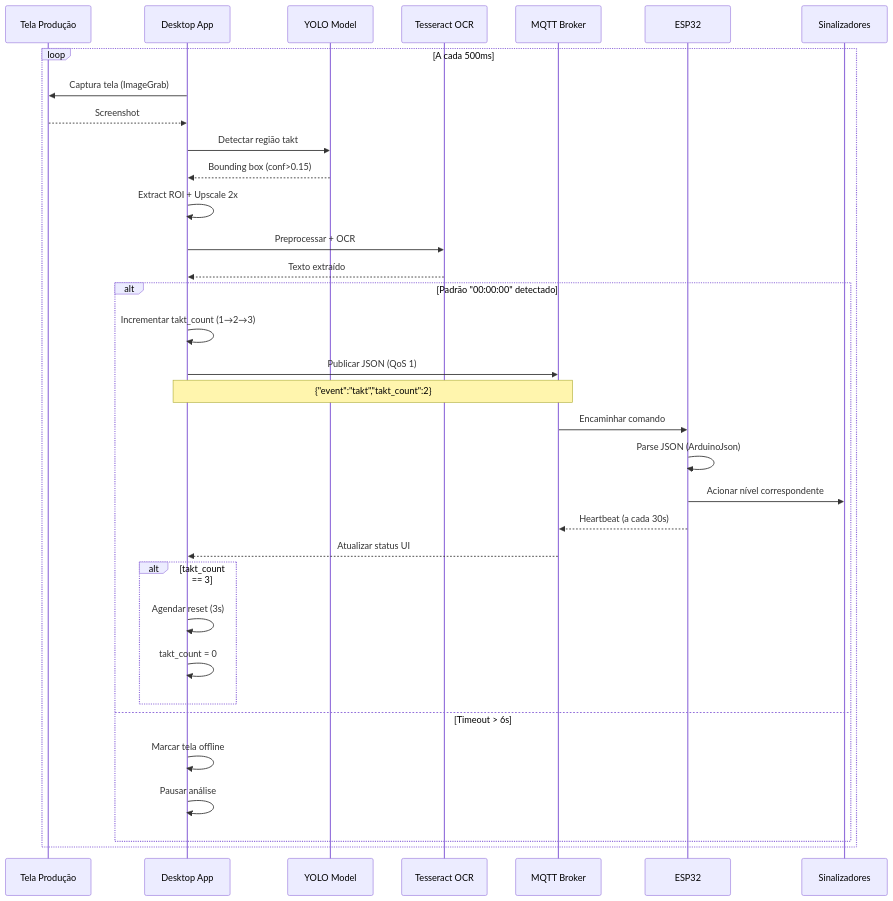
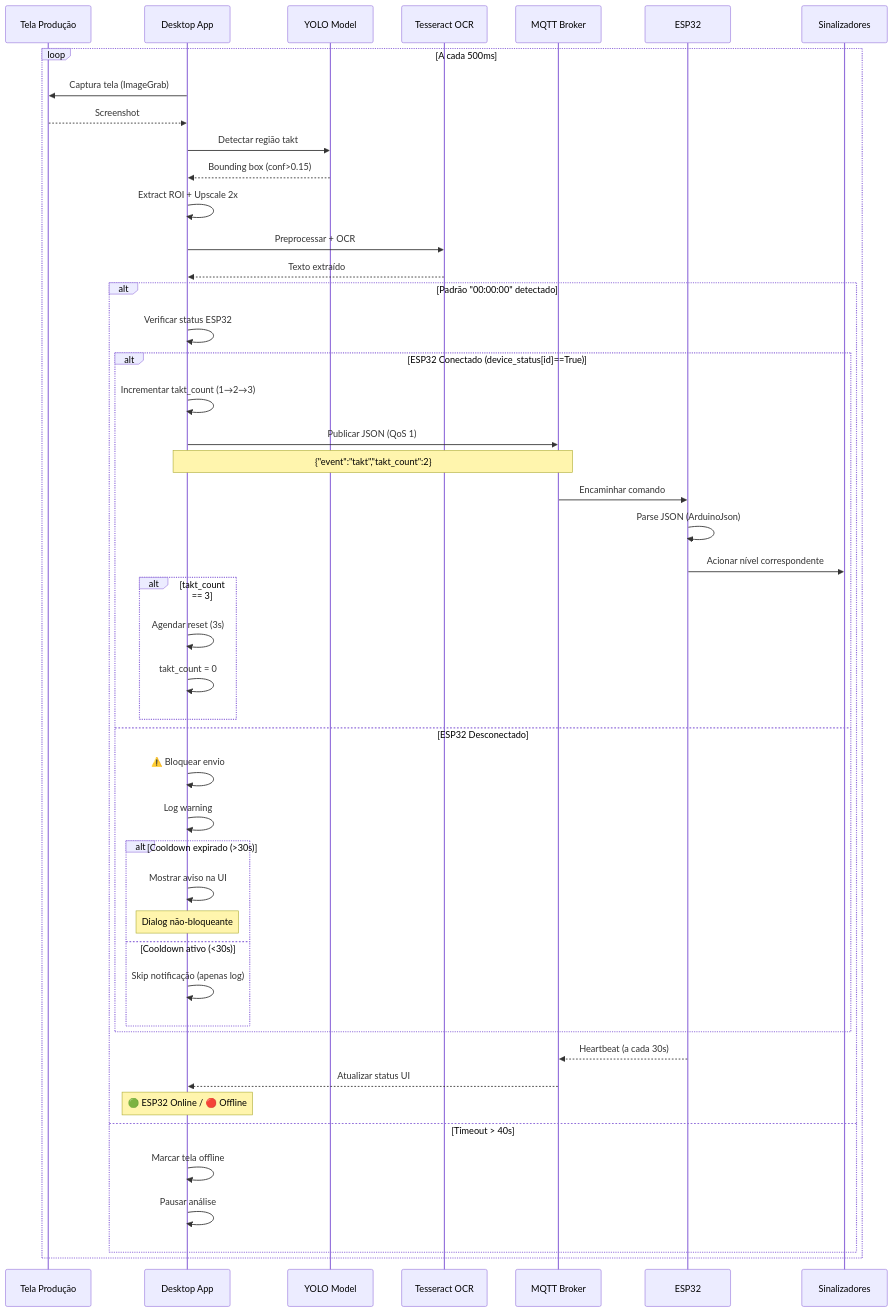
Before and after one commit to oondels/takttime-process-tracker: the second of 3 diagrams in README.md, drawn with Mermaid. The commit also changed other lines of this file, not shown here.

````diff
--- a/README.md
+++ b/README.md
@@ -73,41 +73,57 @@
 ```mermaid
 sequenceDiagram
     participant Screen as Tela Produção
     participant Desktop as Desktop App
     participant YOLO as YOLO Model
     participant OCR as Tesseract OCR
     participant MQTT as MQTT Broker
     participant ESP32 as ESP32
     participant LEDs as Sinalizadores
     
     loop A cada 500ms
         Desktop->>Screen: Captura tela (ImageGrab)
         Screen-->>Desktop: Screenshot
         Desktop->>YOLO: Detectar região takt
         YOLO-->>Desktop: Bounding box (conf>0.15)
         Desktop->>Desktop: Extract ROI + Upscale 2x
         Desktop->>OCR: Preprocessar + OCR
         OCR-->>Desktop: Texto extraído
         
         alt Padrão "00:00:00" detectado
-            Desktop->>Desktop: Incrementar takt_count (1→2→3)
-            Desktop->>MQTT: Publicar JSON (QoS 1)
-            Note over Desktop,MQTT: {"event":"takt","takt_count":2}
+            Desktop->>Desktop: Verificar status ESP32
             
-            MQTT->>ESP32: Encaminhar comando
-            ESP32->>ESP32: Parse JSON (ArduinoJson)
-            ESP32->>LEDs: Acionar nível correspondente
+            alt ESP32 Conectado (device_status[id]==True)
+                Desktop->>Desktop: Incrementar takt_count (1→2→3)
+                Desktop->>MQTT: Publicar JSON (QoS 1)
+                Note over Desktop,MQTT: {"event":"takt","takt_count":2}
+                
+                MQTT->>ESP32: Encaminhar comando
+                ESP32->>ESP32: Parse JSON (ArduinoJson)
+                ESP32->>LEDs: Acionar nível correspondente
+                
+                alt takt_count == 3
+                    Desktop->>Desktop: Agendar reset (3s)
+                    Desktop->>Desktop: takt_count = 0
+                end
+            else ESP32 Desconectado
+                Desktop->>Desktop: ⚠️ Bloquear envio
+                Desktop->>Desktop: Log warning
+                
+                alt Cooldown expirado (>30s)
+                    Desktop->>Desktop: Mostrar aviso na UI
+                    Note over Desktop: Dialog não-bloqueante
+                else Cooldown ativo (<30s)
+                    Desktop->>Desktop: Skip notificação (apenas log)
+                end
+            end
             
             ESP32-->>MQTT: Heartbeat (a cada 30s)
             MQTT-->>Desktop: Atualizar status UI
+            Note over Desktop: 🟢 ESP32 Online / 🔴 Offline
             
-            alt takt_count == 3
-                Desktop->>Desktop: Agendar reset (3s)
-                Desktop->>Desktop: takt_count = 0
-            end
-        else Timeout > 6s
+        else Timeout > 40s
             Desktop->>Desktop: Marcar tela offline
             Desktop->>Desktop: Pausar análise
         end
     end
 ```
````
